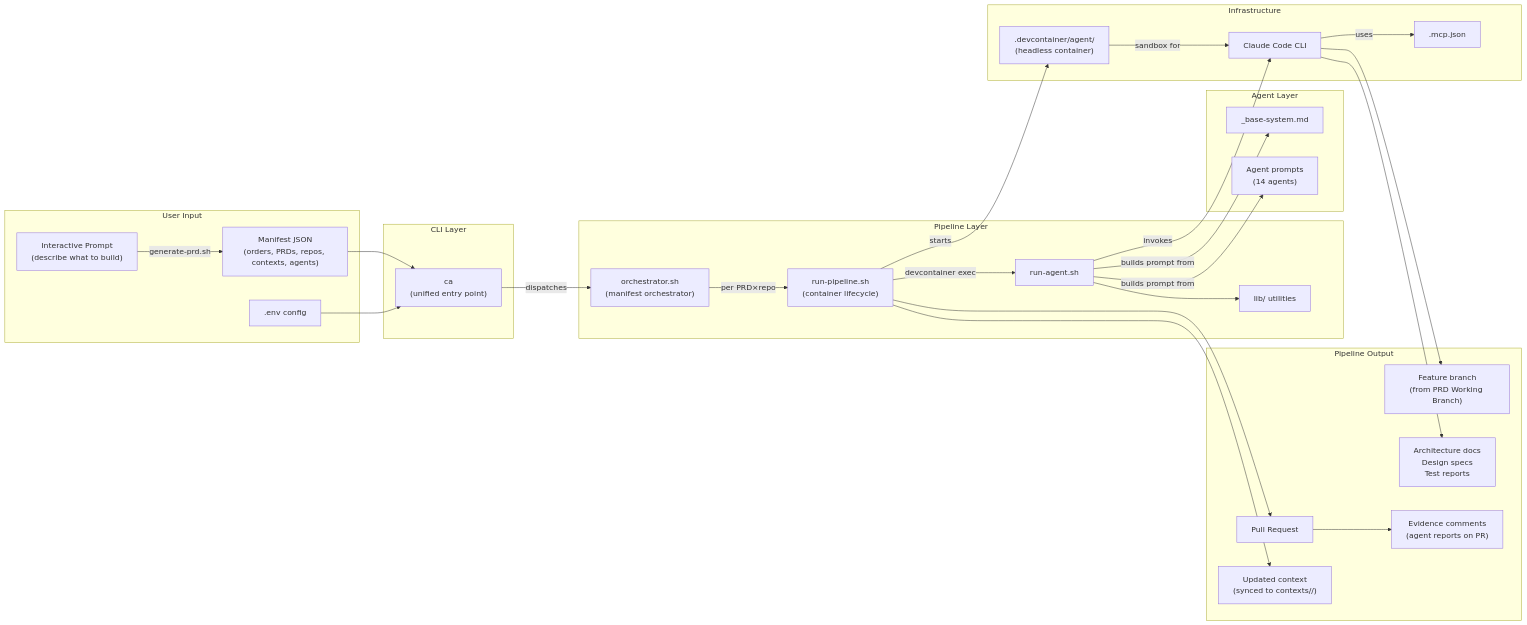
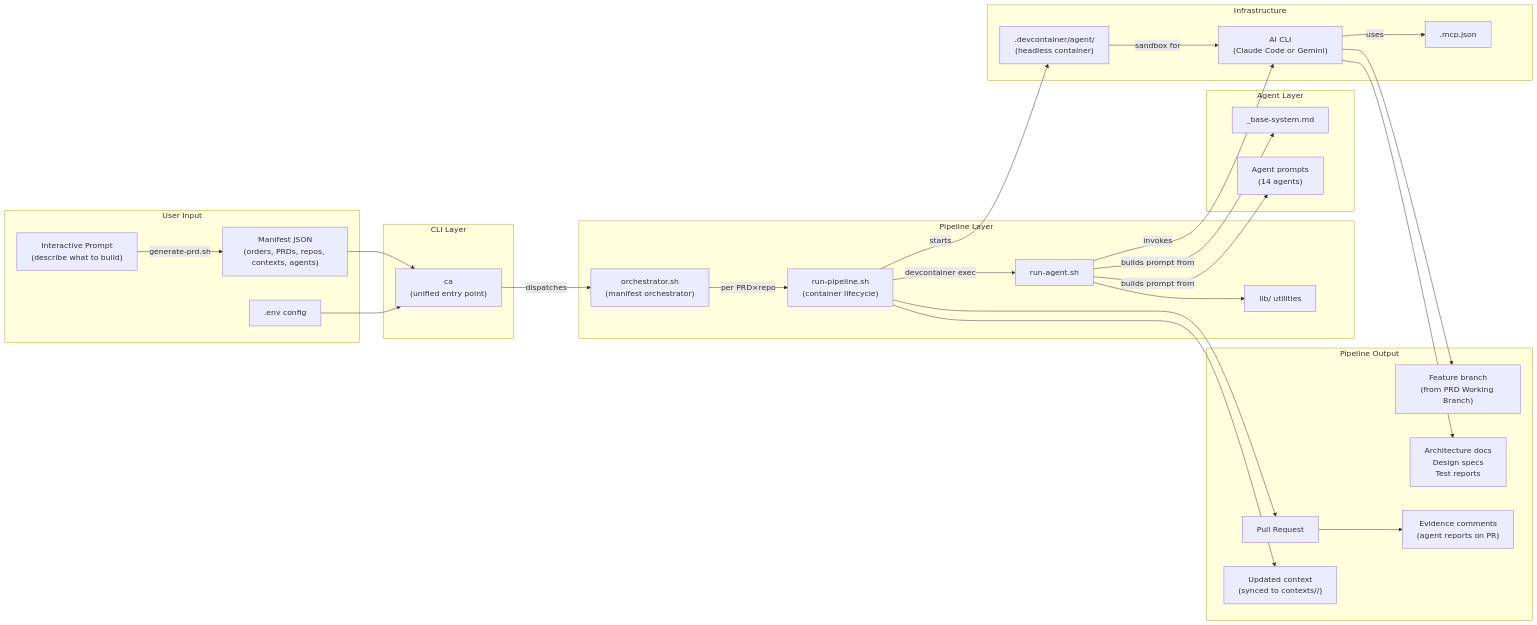
One commit to delehner/coding-agents changed the second of 2 diagrams in docs/project-structure.md. Above: the diagram before and after it, drawn with Mermaid. The commit also changed other lines of this file and 22 other files, not shown here.

````diff
--- a/docs/project-structure.md
+++ b/docs/project-structure.md
@@ -60,57 +60,57 @@
 ```mermaid
 flowchart LR
     subgraph User["User Input"]
         Desc["Interactive Prompt\n(describe what to build)"]
         Manifest["Manifest JSON\n(orders, PRDs, repos, contexts, agents)"]
         Env[".env config"]
     end
 
     subgraph CLI["CLI Layer"]
         CaCli["ca\n(unified entry point)"]
     end
 
     subgraph Orchestration["Pipeline Layer"]
         Orch["orchestrator.sh\n(manifest orchestrator)"]
         Pipe["run-pipeline.sh\n(container lifecycle)"]
         Runner["run-agent.sh"]
         Libs["lib/ utilities"]
     end
 
     subgraph AgentLayer["Agent Layer"]
         Base["_base-system.md"]
         Prompts["Agent prompts\n(14 agents)"]
     end
 
     subgraph Infra["Infrastructure"]
         DC[".devcontainer/agent/\n(headless container)"]
         MCP[".mcp.json"]
-        Claude["Claude Code CLI"]
+        AI["AI CLI\n(Claude Code or Gemini)"]
     end
 
     subgraph Output["Pipeline Output"]
         Branch["Feature branch\n(from PRD Working Branch)"]
         Artifacts["Architecture docs\nDesign specs\nTest reports"]
         PullReq["Pull Request"]
         Evidence["Evidence comments\n(agent reports on PR)"]
         CtxUpdate["Updated context\n(synced to contexts/<repo>/)"]
     end
 
     Desc -->|"generate-prd.sh"| Manifest
     Manifest --> CaCli
     Env --> CaCli
     CaCli -->|"dispatches"| Orch
     Orch -->|"per PRD×repo"| Pipe
     Pipe -->|"starts"| DC
     Pipe -->|"devcontainer exec"| Runner
     Runner --> Libs
     Runner -->|builds prompt from| Base
     Runner -->|builds prompt from| Prompts
-    Runner -->|invokes| Claude
-    Claude -->|uses| MCP
-    DC -->|sandbox for| Claude
-    Claude --> Branch
-    Claude --> Artifacts
+    Runner -->|invokes| AI
+    AI -->|uses| MCP
+    DC -->|sandbox for| AI
+    AI --> Branch
+    AI --> Artifacts
     Pipe --> PullReq
     PullReq --> Evidence
     Pipe --> CtxUpdate
 ```
````
